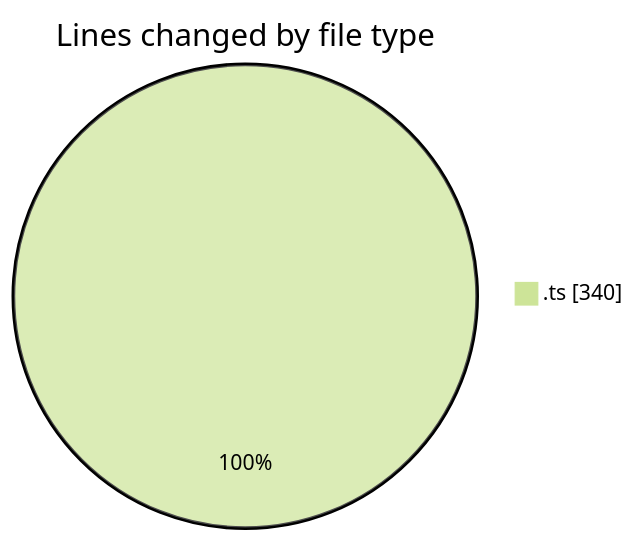
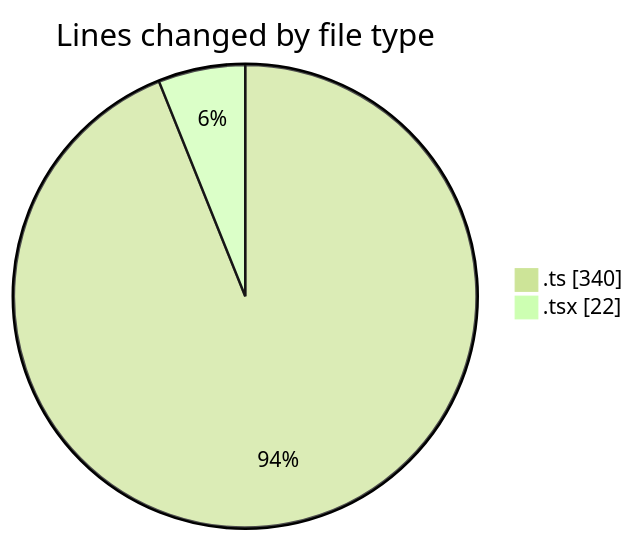
One commit to momahboobian/code-tracking changed the first of 2 diagrams in 2026-10-15/cda/README.md. Above: the diagram before and after it, drawn with Mermaid (forest theme). The commit also changed other lines of this file and 1 other file, not shown here.

````diff
--- a/2026-10-15/cda/README.md
+++ b/2026-10-15/cda/README.md
@@ -21,5 +23,6 @@
 ```mermaid
 pie showData
 title Lines changed by file type
 ".ts" : 340
+".tsx" : 22
 ```
````
